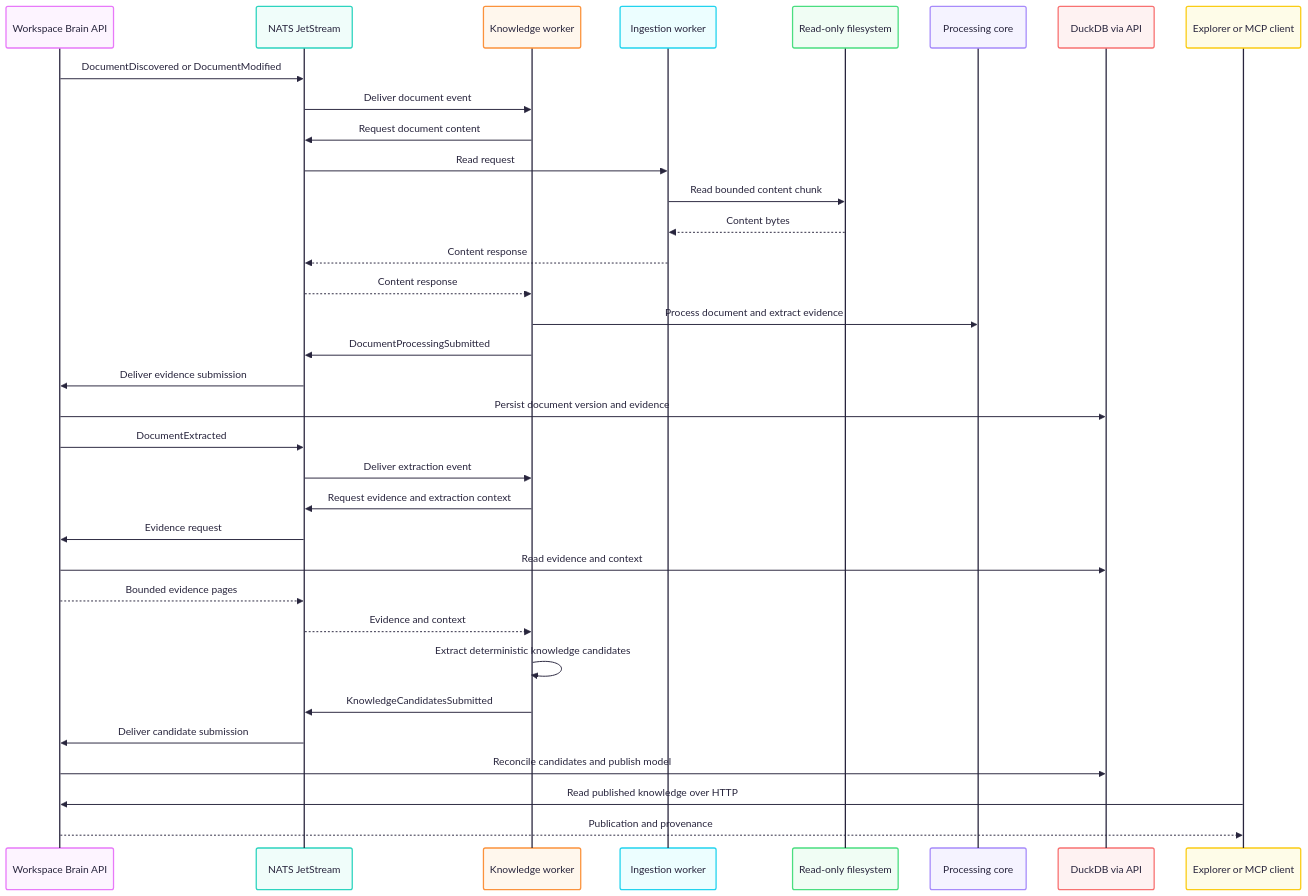
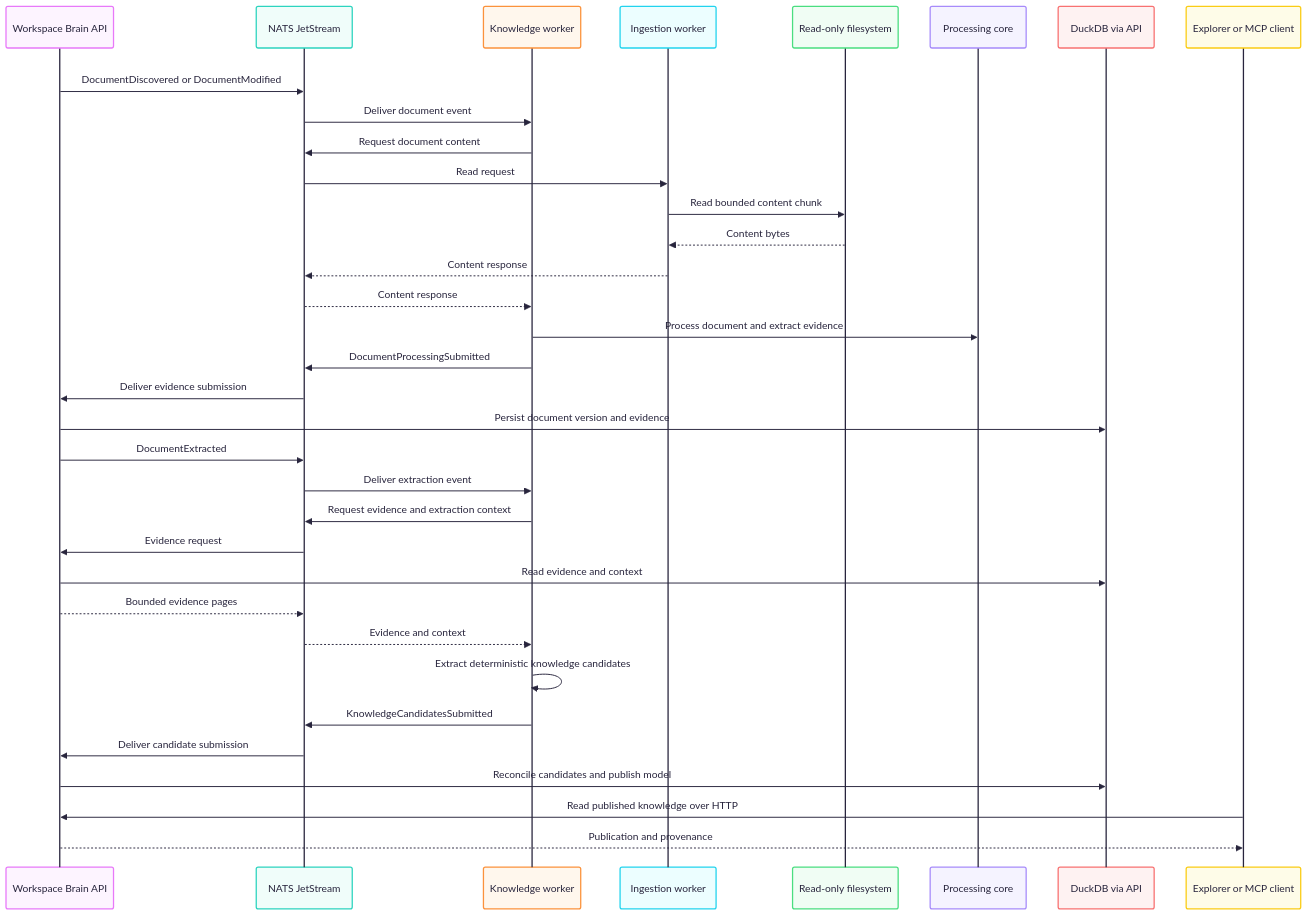
The diagram in apps/knowledge-worker/README.md (chrisob55/workspace-brain), drawn with Mermaid before and after one commit. The commit also changed 11 other files, not shown here.

First line of the commit message:
docs(architecture): add opaque white diagram backdrops

````diff
--- a/apps/knowledge-worker/README.md
+++ b/apps/knowledge-worker/README.md
@@ -11,42 +11,44 @@
 ```mermaid
 ---
 config:
   theme: redux-color
   themeVariables:
     background: '#ffffff'
 ---
 sequenceDiagram
   participant API as Workspace Brain API
   participant Bus as NATS JetStream
   participant Worker as Knowledge worker
   participant Ingestion as Ingestion worker
   participant FS as Read-only filesystem
   participant Core as Processing core
   participant DB as DuckDB via API
   participant Client as Explorer or MCP client
-  API->>Bus: DocumentDiscovered or DocumentModified
-  Bus->>Worker: Deliver document event
-  Worker->>Bus: Request document content
-  Bus->>Ingestion: Read request
-  Ingestion->>FS: Read bounded content chunk
-  FS-->>Ingestion: Content bytes
-  Ingestion-->>Bus: Content response
-  Bus-->>Worker: Content response
-  Worker->>Core: Process document and extract evidence
-  Worker->>Bus: DocumentProcessingSubmitted
-  Bus->>API: Deliver evidence submission
-  API->>DB: Persist document version and evidence
-  API->>Bus: DocumentExtracted
-  Bus->>Worker: Deliver extraction event
-  Worker->>Bus: Request evidence and extraction context
-  Bus->>API: Evidence request
-  API->>DB: Read evidence and context
-  API-->>Bus: Bounded evidence pages
-  Bus-->>Worker: Evidence and context
-  Worker->>Worker: Extract deterministic knowledge candidates
-  Worker->>Bus: KnowledgeCandidatesSubmitted
-  Bus->>API: Deliver candidate submission
-  API->>DB: Reconcile candidates and publish model
-  Client->>API: Read published knowledge over HTTP
-  API-->>Client: Publication and provenance
+  rect rgb(255, 255, 255)
+    API->>Bus: DocumentDiscovered or DocumentModified
+    Bus->>Worker: Deliver document event
+    Worker->>Bus: Request document content
+    Bus->>Ingestion: Read request
+    Ingestion->>FS: Read bounded content chunk
+    FS-->>Ingestion: Content bytes
+    Ingestion-->>Bus: Content response
+    Bus-->>Worker: Content response
+    Worker->>Core: Process document and extract evidence
+    Worker->>Bus: DocumentProcessingSubmitted
+    Bus->>API: Deliver evidence submission
+    API->>DB: Persist document version and evidence
+    API->>Bus: DocumentExtracted
+    Bus->>Worker: Deliver extraction event
+    Worker->>Bus: Request evidence and extraction context
+    Bus->>API: Evidence request
+    API->>DB: Read evidence and context
+    API-->>Bus: Bounded evidence pages
+    Bus-->>Worker: Evidence and context
+    Worker->>Worker: Extract deterministic knowledge candidates
+    Worker->>Bus: KnowledgeCandidatesSubmitted
+    Bus->>API: Deliver candidate submission
+    API->>DB: Reconcile candidates and publish model
+    Client->>API: Read published knowledge over HTTP
+    API-->>Client: Publication and provenance
+  end
 ```
````
